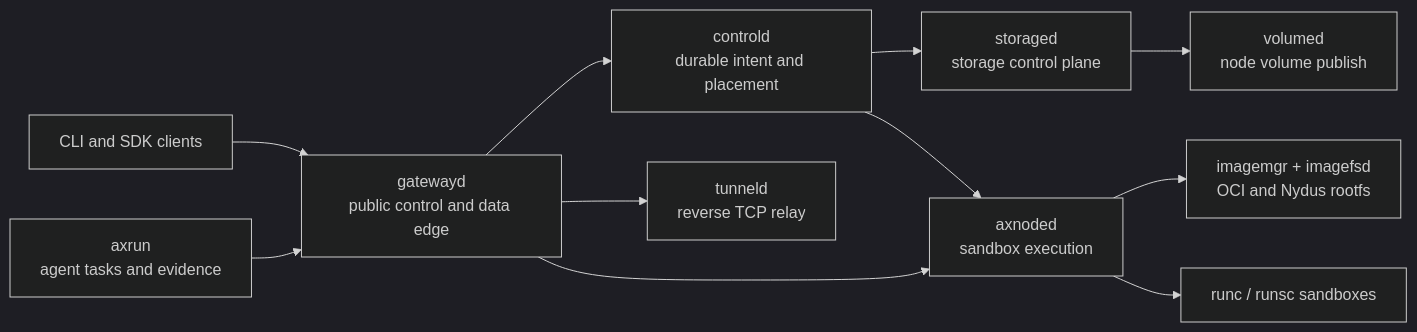
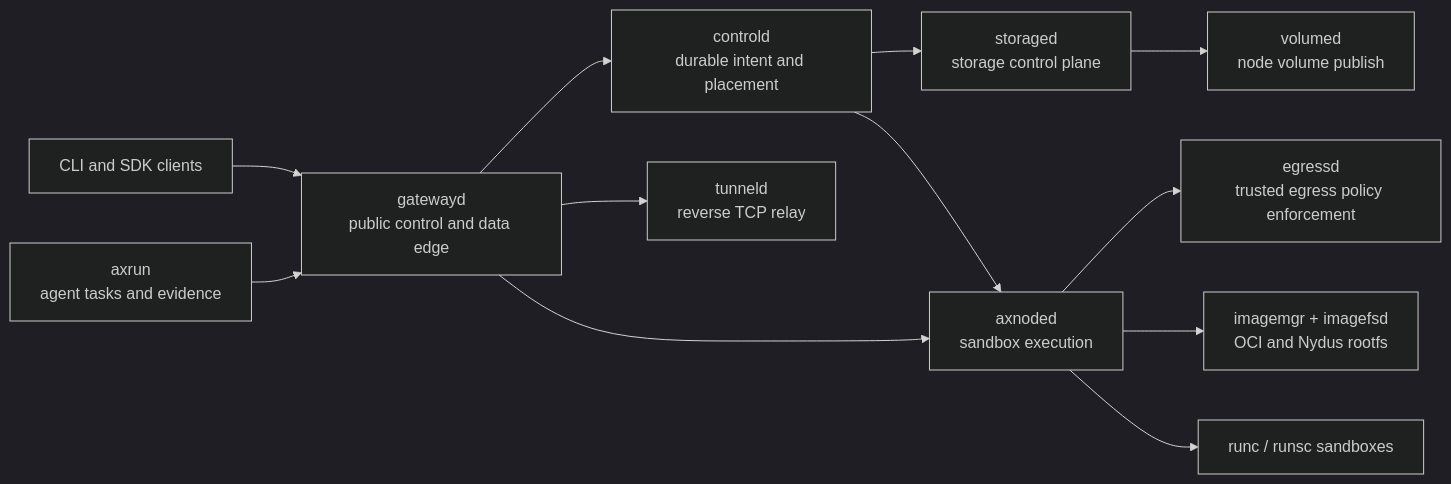
One commit to cofy-x/axern changed the diagram in README.md. Above: the diagram before and after it, drawn with Mermaid (dark theme). The commit also changed other lines of this file and 45 other files, not shown here.

First line of the commit message:
feat(runtime): add the node-local egressd policy daemon (#85)

````diff
--- a/README.md
+++ b/README.md
@@ -87,13 +87,14 @@
 ```mermaid
 flowchart LR
     Client["CLI and SDK clients"] --> Gateway["gatewayd\npublic control and data edge"]
     Gateway --> Control["controld\ndurable intent and placement"]
     Gateway --> Tunnel["tunneld\nreverse TCP relay"]
     Gateway --> Node["axnoded\nsandbox execution"]
     Control --> Storage["storaged\nstorage control plane"]
     Control --> Node
     Storage --> Volume["volumed\nnode volume publish"]
+    Node --> Egress["egressd\ntrusted egress policy enforcement"]
     Node --> Image["imagemgr + imagefsd\nOCI and Nydus rootfs"]
     Node --> Runtime["runc / runsc sandboxes"]
     Axrun["axrun\nagent tasks and evidence"] --> Gateway
 ```
````
